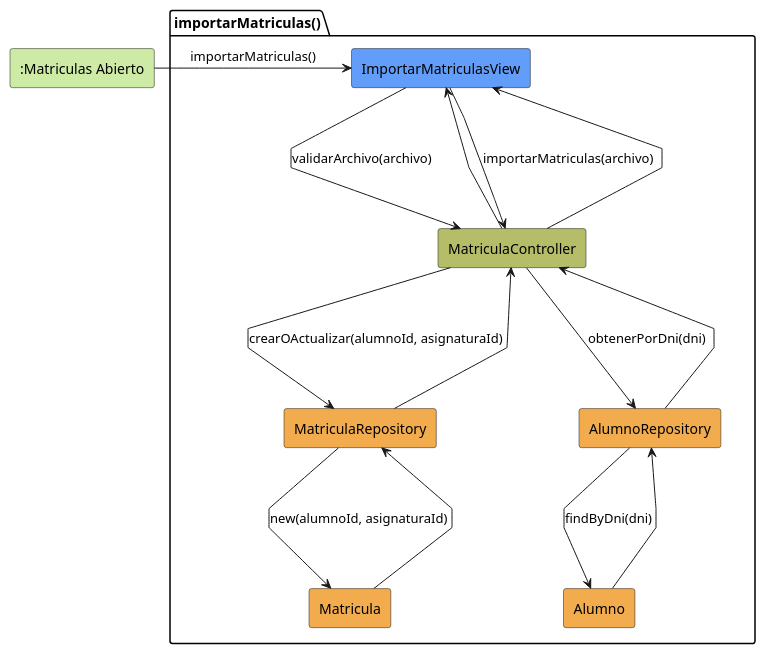
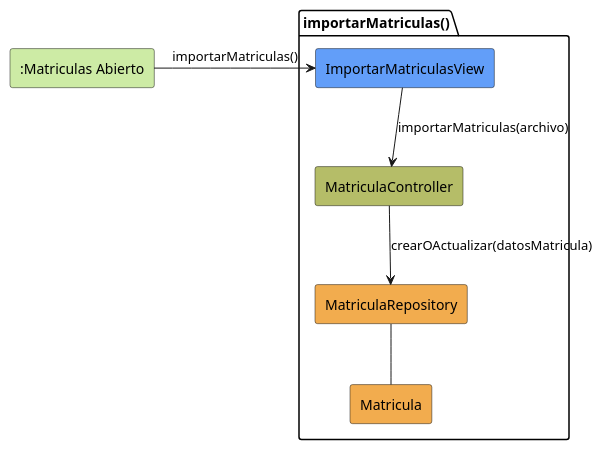
Before and after one commit to jerdier/25-26-idsw2-sdVC: the diagram in modelosUML/analisis/importarMatriculas/colaboracion.puml, drawn with PlantUML. The commit also changed 83 other files, not shown here.

```diff
--- a/modelosUML/analisis/importarMatriculas/colaboracion.puml
+++ b/modelosUML/analisis/importarMatriculas/colaboracion.puml
@@ -1,28 +1,17 @@
 @startuml importarMatriculas-analisis
 skinparam linetype polyline
 
 rectangle #CDEBA5 ":Matriculas Abierto" as MatriculasAbierto
 
 package importarMatriculas as "importarMatriculas()" {
     rectangle #629EF9 ImportarMatriculasView
     rectangle #b5bd68 MatriculaController
-    rectangle #F2AC4E AlumnoRepository
     rectangle #F2AC4E MatriculaRepository
-    rectangle #F2AC4E Alumno
     rectangle #F2AC4E Matricula
 }
 
 MatriculasAbierto -r-> ImportarMatriculasView: importarMatriculas()
-ImportarMatriculasView -d-> MatriculaController: validarArchivo(archivo)
-MatriculaController --u-> ImportarMatriculasView
 ImportarMatriculasView -d-> MatriculaController: importarMatriculas(archivo)
-MatriculaController -d-> AlumnoRepository: obtenerPorDni(dni)
-AlumnoRepository -d-> Alumno: findByDni(dni)
-Alumno --u-> AlumnoRepository
-AlumnoRepository --u-> MatriculaController
-MatriculaController -d-> MatriculaRepository: crearOActualizar(alumnoId, asignaturaId)
-MatriculaRepository -d-> Matricula: new(alumnoId, asignaturaId)
-Matricula --u-> MatriculaRepository
-MatriculaRepository --u-> MatriculaController
-MatriculaController --u-> ImportarMatriculasView
+MatriculaController --> MatriculaRepository: crearOActualizar(datosMatricula)
+MatriculaRepository -- Matricula
 @enduml
```
